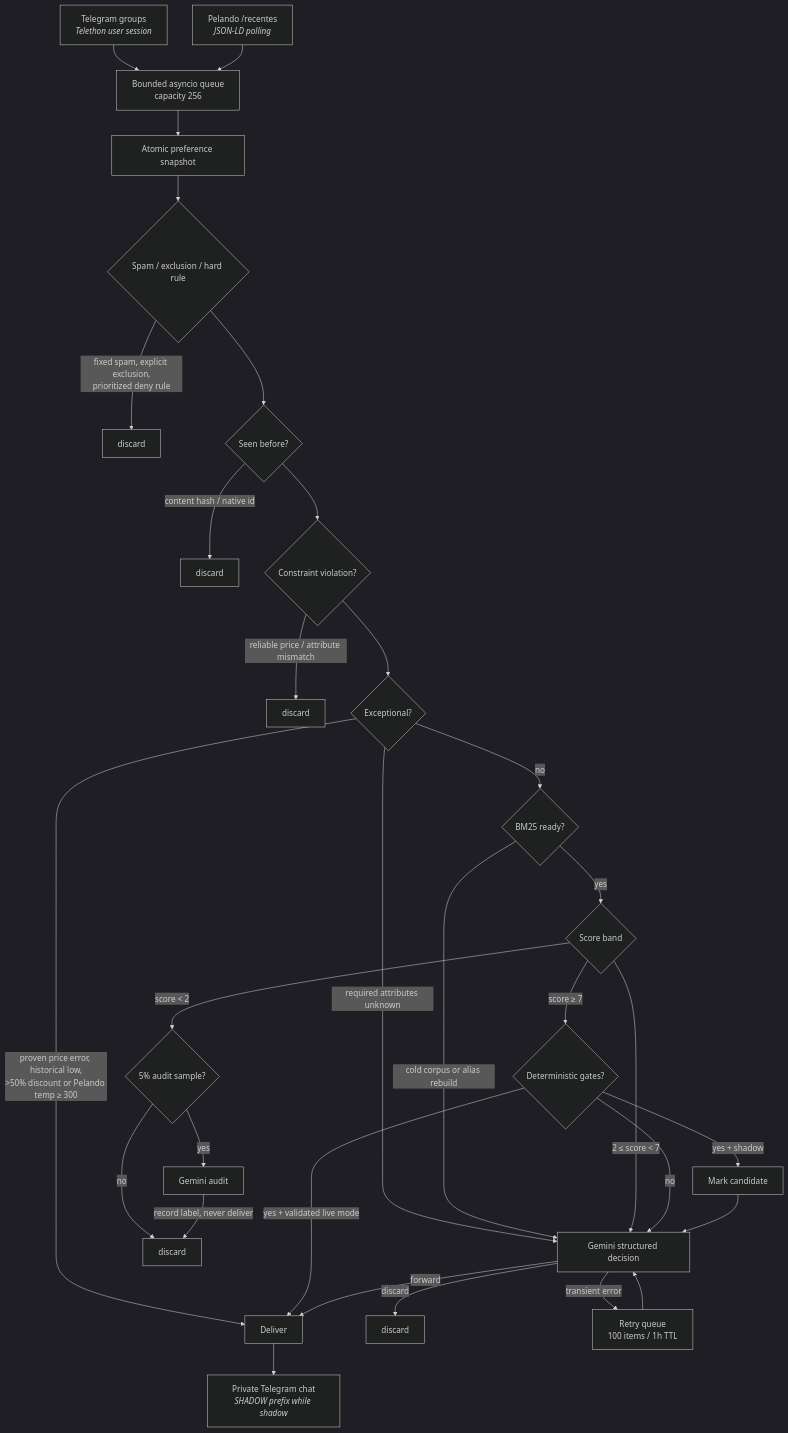
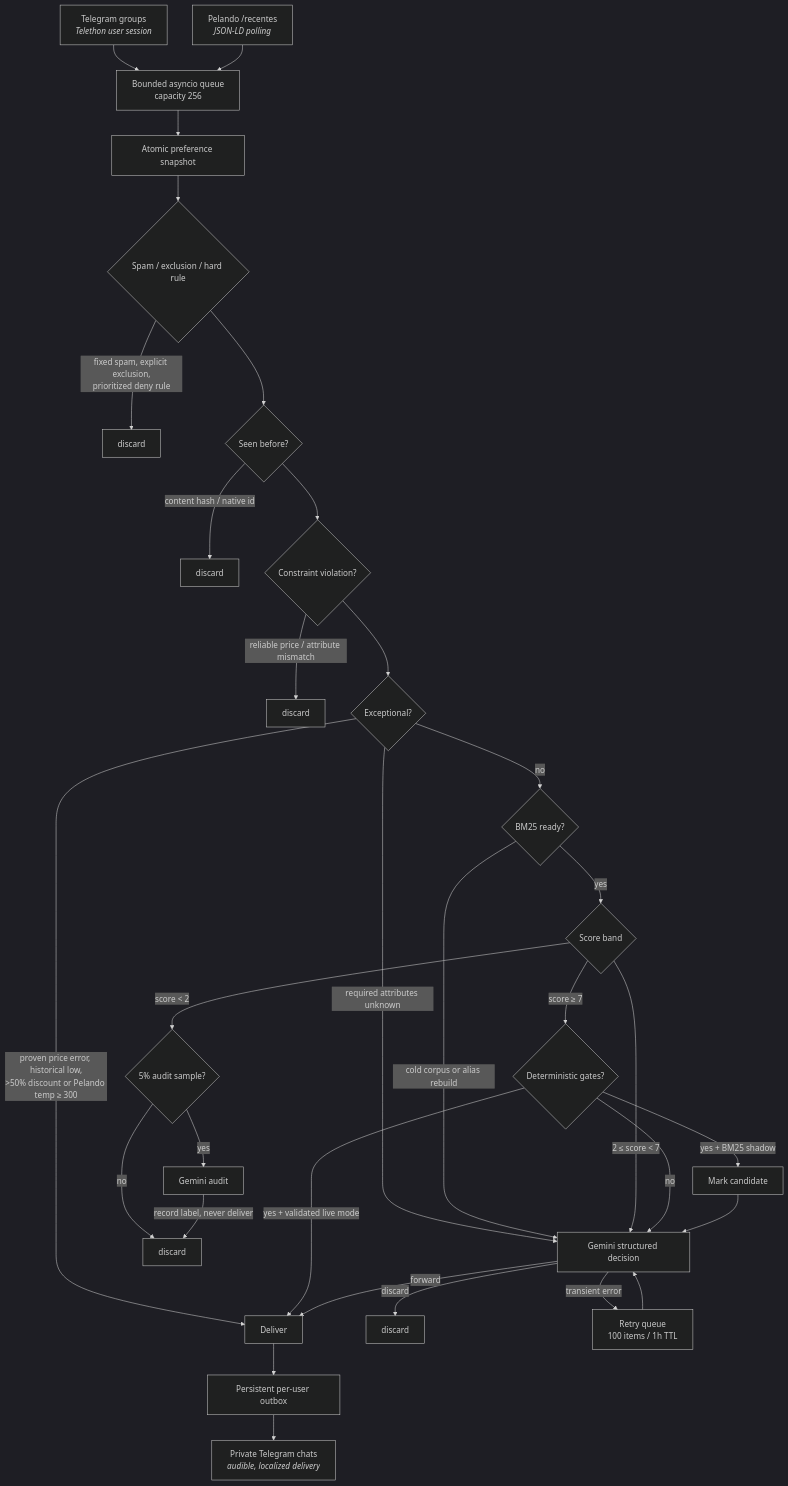
The diagram in README.md (koobzaar/Sieve), drawn with Mermaid (dark theme) before and after one commit. The commit also changed other lines of this file and 43 other files, not shown here.

````diff
--- a/README.md
+++ b/README.md
@@ -69,38 +79,39 @@
 ```mermaid
 flowchart TD
     TG[Telegram groups<br/><i>Telethon user session</i>] --> Q
     PL[Pelando /recentes<br/><i>JSON-LD polling</i>] --> Q
     Q[Bounded asyncio queue<br/>capacity 256]
 
     Q --> PS[Atomic preference snapshot]
     PS --> HF{Spam / exclusion / hard rule}
     HF -->|fixed spam, explicit exclusion,<br/>prioritized deny rule| X1[discard]
     HF --> DD{Seen before?}
     DD -->|content hash / native id| X2[discard]
 
     DD --> PC{Constraint violation?}
     PC -->|reliable price / attribute mismatch| X5[discard]
     PC --> EX{Exceptional?}
     EX -->|proven price error, historical low,<br/>&gt;50% discount or Pelando temp &ge; 300| DEL[Deliver]
     EX -->|required attributes unknown| LLM
     EX -->|no| READY{BM25 ready?}
     READY -->|cold corpus or alias rebuild| LLM
     READY -->|yes| BM{Score band}
     BM -->|score &lt; 2| AUDIT{5% audit sample?}
     AUDIT -->|no| X3[discard]
     AUDIT -->|yes| ALLM[Gemini audit]
     ALLM -->|record label, never deliver| X3
     BM -->|2 &le; score &lt; 7| LLM
     BM -->|score &ge; 7| GATE{Deterministic gates?}
     GATE -->|no| LLM
-    GATE -->|yes + shadow| CAND[Mark candidate]
+    GATE -->|yes + BM25 shadow| CAND[Mark candidate]
     CAND --> LLM[Gemini structured decision]
     GATE -->|yes + validated live mode| DEL
 
     LLM -->|forward| DEL
     LLM -->|discard| X4[discard]
     LLM -->|transient error| RQ[Retry queue<br/>100 items / 1h TTL]
     RQ --> LLM
 
-    DEL --> OUT[Private Telegram chat<br/><i>SHADOW prefix while shadow</i>]
+    DEL --> OBOX[Persistent per-user outbox]
+    OBOX --> OUT[Private Telegram chats<br/><i>audible, localized delivery</i>]
 ```
````
